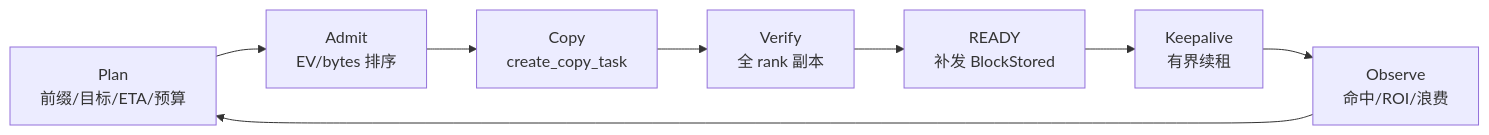
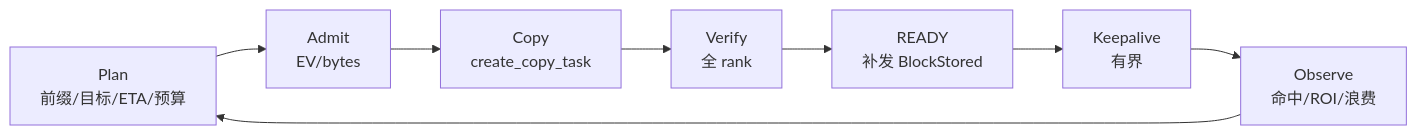
The fourth of 9 diagrams in kvcm/design/D9-kv-services.md (5x8-40/lake), drawn with Mermaid before and after one commit. The commit also changed other lines of this file and 5 other files, not shown here.

````diff
--- a/kvcm/design/D9-kv-services.md
+++ b/kvcm/design/D9-kv-services.md
@@ -191,10 +136,10 @@
 ```mermaid
 flowchart LR
-    P["Plan<br/>前缀/目标/ETA/预算"] --> A["Admit<br/>EV/bytes 排序"]
+    P["Plan<br/>前缀/目标/ETA/预算"] --> A["Admit<br/>EV/bytes"]
     A --> C["Copy<br/>create_copy_task"]
-    C --> V["Verify<br/>全 rank 副本"]
+    C --> V["Verify<br/>全 rank"]
     V --> R["READY<br/>补发 BlockStored"]
-    R --> K["Keepalive<br/>有界续租"]
+    R --> K["Keepalive<br/>有界"]
     K --> O["Observe<br/>命中/ROI/浪费"]
     O --> P
 ```
````
